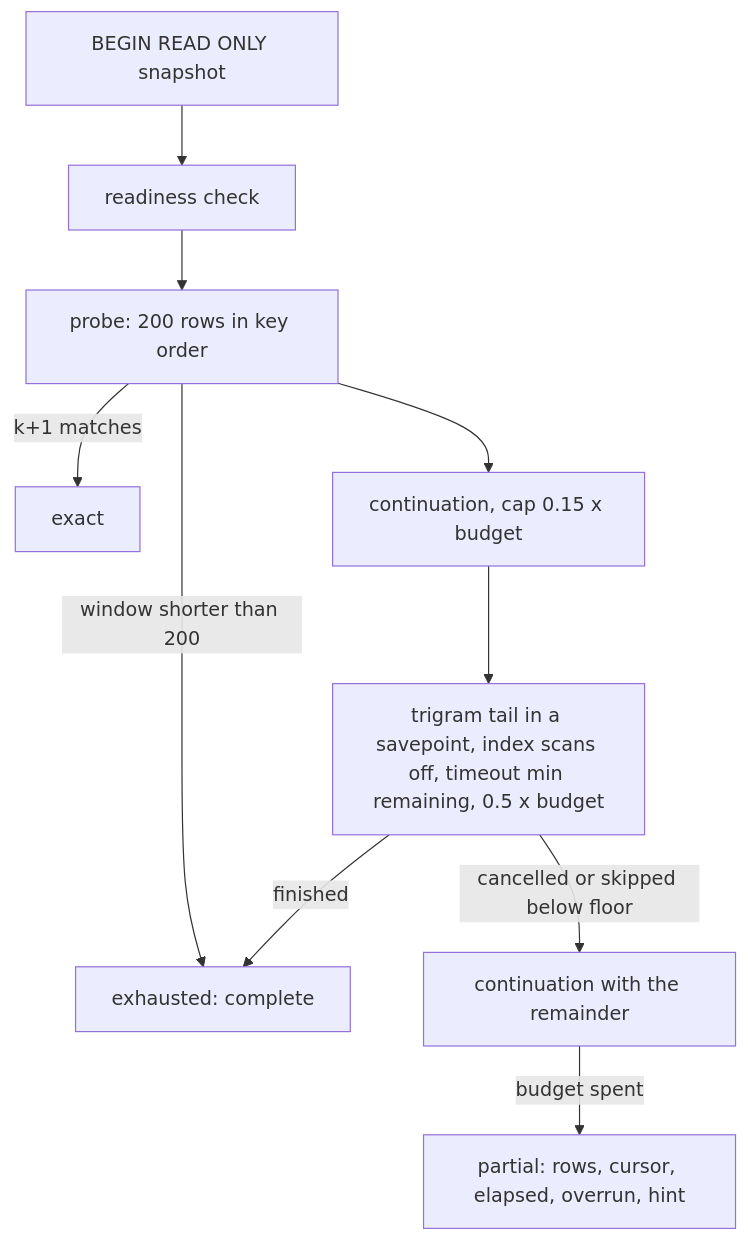
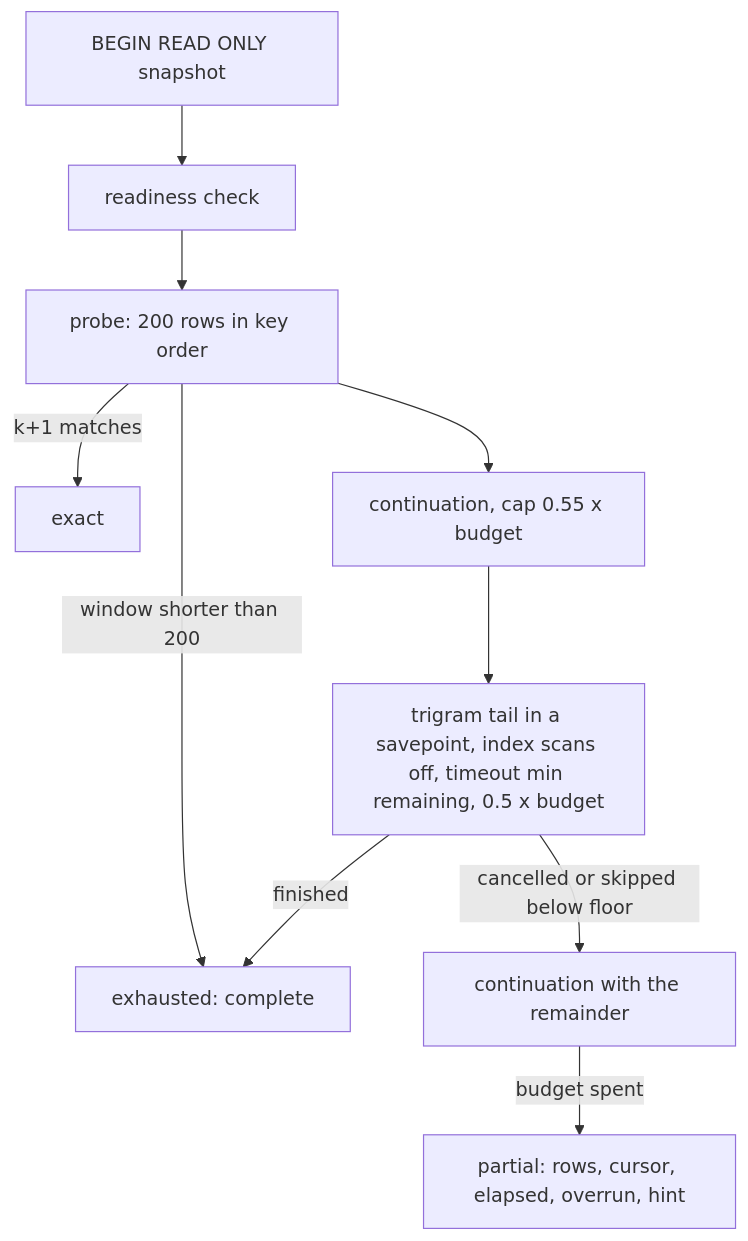
The diagram in go/internal/query/search/unscoped/README.md (eshu-hq/eshu), drawn with Mermaid before and after one commit. The commit also changed other lines of this file and 15 other files, not shown here.

````diff
--- a/go/internal/query/search/unscoped/README.md
+++ b/go/internal/query/search/unscoped/README.md
@@ -11,12 +11,12 @@
 ```mermaid
 flowchart TD
   A[BEGIN READ ONLY snapshot] --> B[readiness check]
   B --> C[probe: 200 rows in key order]
   C -->|k+1 matches| X[exact]
   C -->|window shorter than 200| E[exhausted: complete]
-  C --> D[continuation, cap 0.15 x budget]
+  C --> D[continuation, cap 0.55 x budget]
   D --> T[trigram tail in a savepoint, index scans off, timeout min remaining, 0.5 x budget]
   T -->|finished| E
   T -->|cancelled or skipped below floor| F[continuation with the remainder]
   F -->|budget spent| P[partial: rows, cursor, elapsed, overrun, hint]
 ```
````
